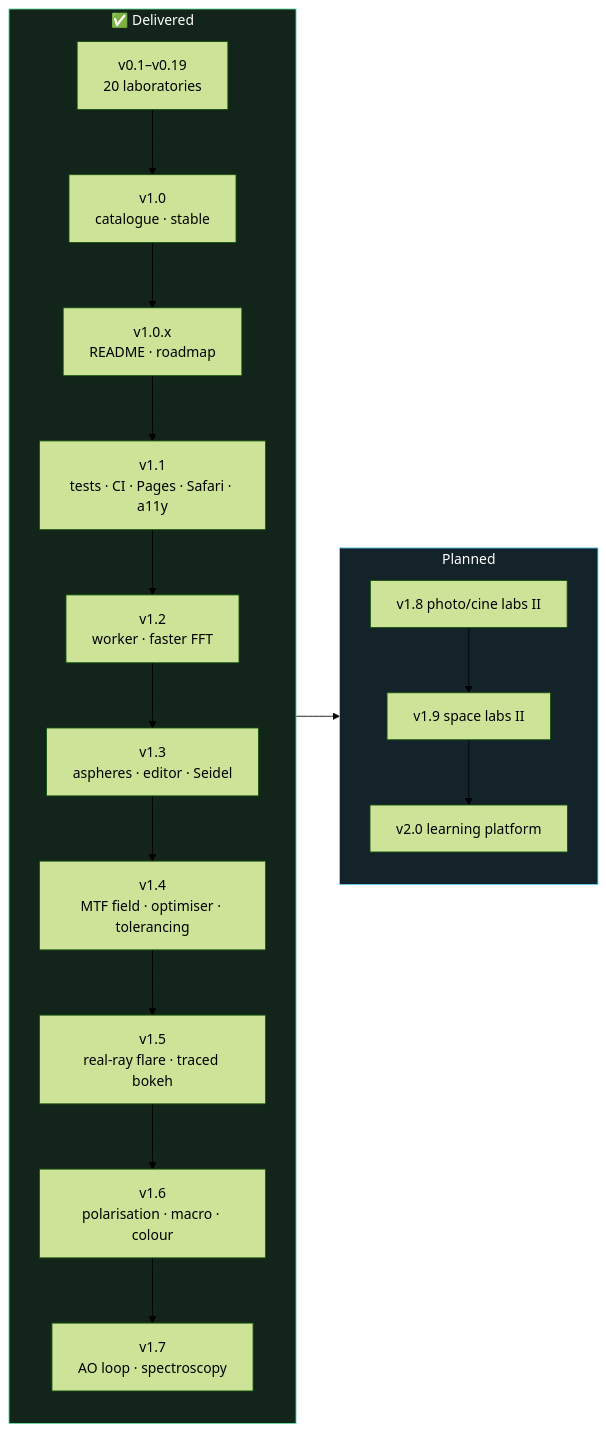
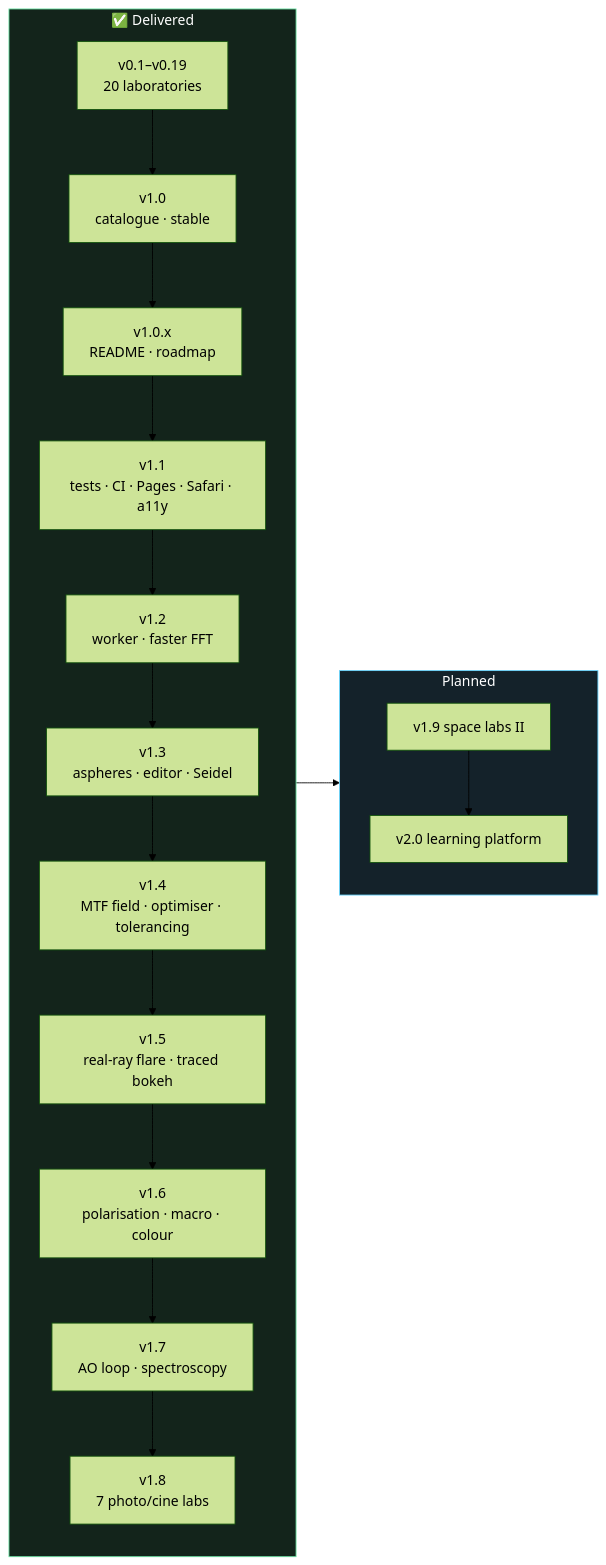
One commit to iiogurt/Optica_Viva changed the diagram in ROADMAP.md. Above: the diagram before and after it, drawn with Mermaid (forest theme). The commit also changed other lines of this file and 3 other files, not shown here.

````diff
--- a/ROADMAP.md
+++ b/ROADMAP.md
@@ -52,14 +52,14 @@
 ```mermaid
 flowchart LR
     subgraph Done["✅ Delivered"]
         direction TB
-        D0["v0.1–v0.19<br/>20 laboratories"] --> D1["v1.0<br/>catalogue · stable"] --> D2["v1.0.x<br/>README · roadmap"] --> D3["v1.1<br/>tests · CI · Pages · Safari · a11y"] --> D4["v1.2<br/>worker · faster FFT"] --> D5["v1.3<br/>aspheres · editor · Seidel"] --> D6["v1.4<br/>MTF field · optimiser · tolerancing"] --> D7["v1.5<br/>real-ray flare · traced bokeh"] --> D8["v1.6<br/>polarisation · macro · colour"] --> D9["v1.7<br/>AO loop · spectroscopy"]
+        D0["v0.1–v0.19<br/>20 laboratories"] --> D1["v1.0<br/>catalogue · stable"] --> D2["v1.0.x<br/>README · roadmap"] --> D3["v1.1<br/>tests · CI · Pages · Safari · a11y"] --> D4["v1.2<br/>worker · faster FFT"] --> D5["v1.3<br/>aspheres · editor · Seidel"] --> D6["v1.4<br/>MTF field · optimiser · tolerancing"] --> D7["v1.5<br/>real-ray flare · traced bokeh"] --> D8["v1.6<br/>polarisation · macro · colour"] --> D9["v1.7<br/>AO loop · spectroscopy"] --> D10["v1.8<br/>7 photo/cine labs"]
     end
     subgraph Next["Planned"]
         direction TB
-        N8["v1.8 photo/cine labs II"] --> N9["v1.9 space labs II"] --> N7["v2.0 learning platform"]
+        N9["v1.9 space labs II"] --> N7["v2.0 learning platform"]
     end
     Done --> Next
     style Done fill:#13241b,stroke:#6be3a4,color:#fff
     style Next fill:#14222a,stroke:#6ad7ff,color:#fff
 ```
````
